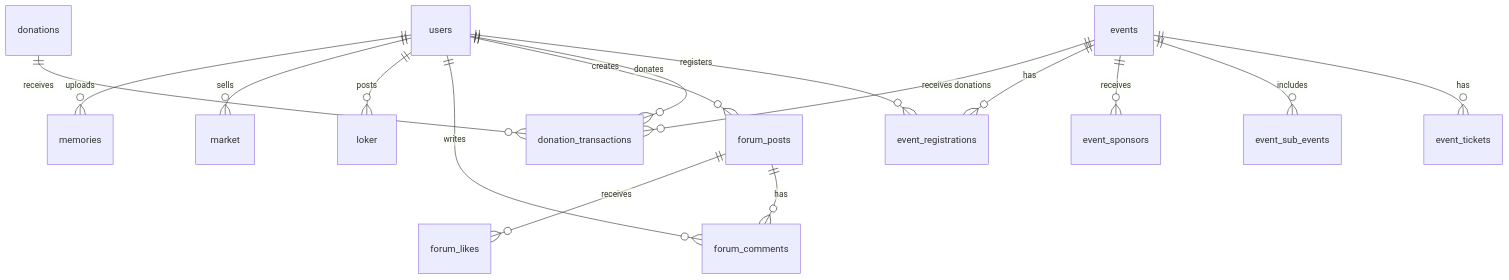
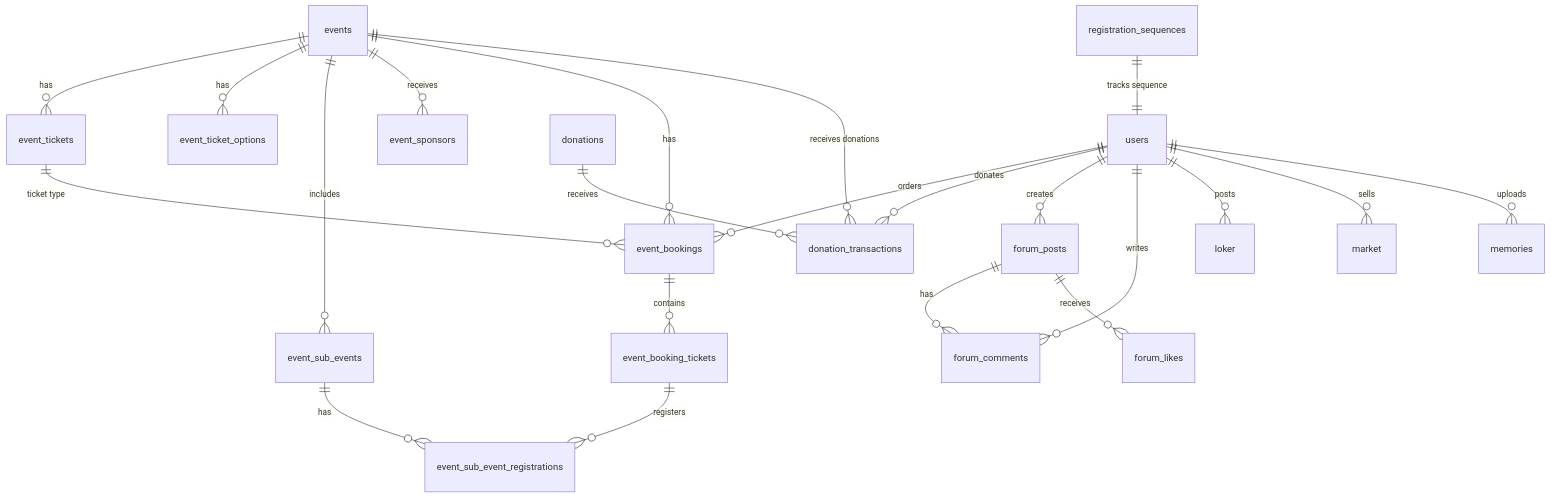
One commit to khanifzyen/ikasmansara2 changed the diagram in SKEMA.md. Above: the diagram before and after it, drawn with Mermaid. The commit also changed other lines of this file and 14 other files, not shown here.

First line of the commit message:
feat(migration/schema): enhance migration reliability and add registration sequences

````diff
--- a/SKEMA.md
+++ b/SKEMA.md
@@ -9,21 +9,30 @@
 ```mermaid
 erDiagram
-    users ||--o{ event_registrations : registers
+    users ||--o{ event_bookings : orders
     users ||--o{ donation_transactions : donates
     users ||--o{ forum_posts : creates
     users ||--o{ forum_comments : writes
     users ||--o{ loker : posts
     users ||--o{ market : sells
     users ||--o{ memories : uploads
     
+    registration_sequences ||--|| users : "tracks sequence"
+    
     events ||--o{ event_tickets : has
+    events ||--o{ event_ticket_options : has
     events ||--o{ event_sub_events : includes
     events ||--o{ event_sponsors : receives
-    events ||--o{ event_registrations : has
+    events ||--o{ event_bookings : has
     events ||--o{ donation_transactions : "receives donations"
+    
+    event_bookings ||--o{ event_booking_tickets : contains
+    event_tickets ||--o{ event_bookings : "ticket type"
+    
+    event_booking_tickets ||--o{ event_sub_event_registrations : registers
+    event_sub_events ||--o{ event_sub_event_registrations : has
     
     donations ||--o{ donation_transactions : receives
     
     forum_posts ||--o{ forum_comments : has
     forum_posts ||--o{ forum_likes : receives
 ```
````
